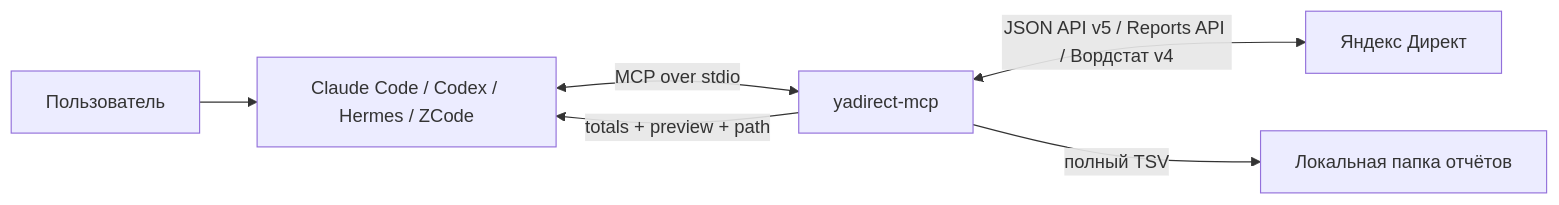
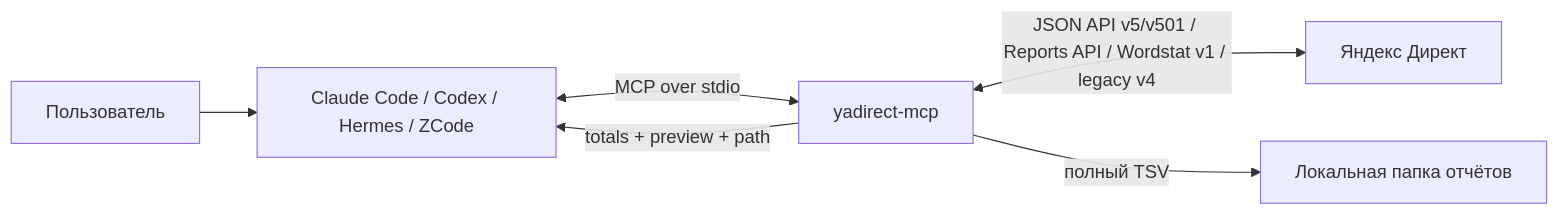
Before and after one commit to Lermont/yamcp: the diagram in README.md, drawn with Mermaid. The commit also changed other lines of this file and 132 other files, not shown here.

````diff
--- a/README.md
+++ b/README.md
@@ -52,8 +239,8 @@
 ```mermaid
 flowchart LR
     U["Пользователь"] --> A["Claude Code / Codex / Hermes / ZCode"]
     A <-->|"MCP over stdio"| M["yadirect-mcp"]
-    M <-->|"JSON API v5 / Reports API / Вордстат v4"| Y["Яндекс Директ"]
+    M <-->|"JSON API v5/v501 / Reports API / Wordstat v1 / legacy v4"| Y["Яндекс Директ"]
     M -->|"полный TSV"| F["Локальная папка отчётов"]
     M -->|"totals + preview + path"| A
 ```
````
